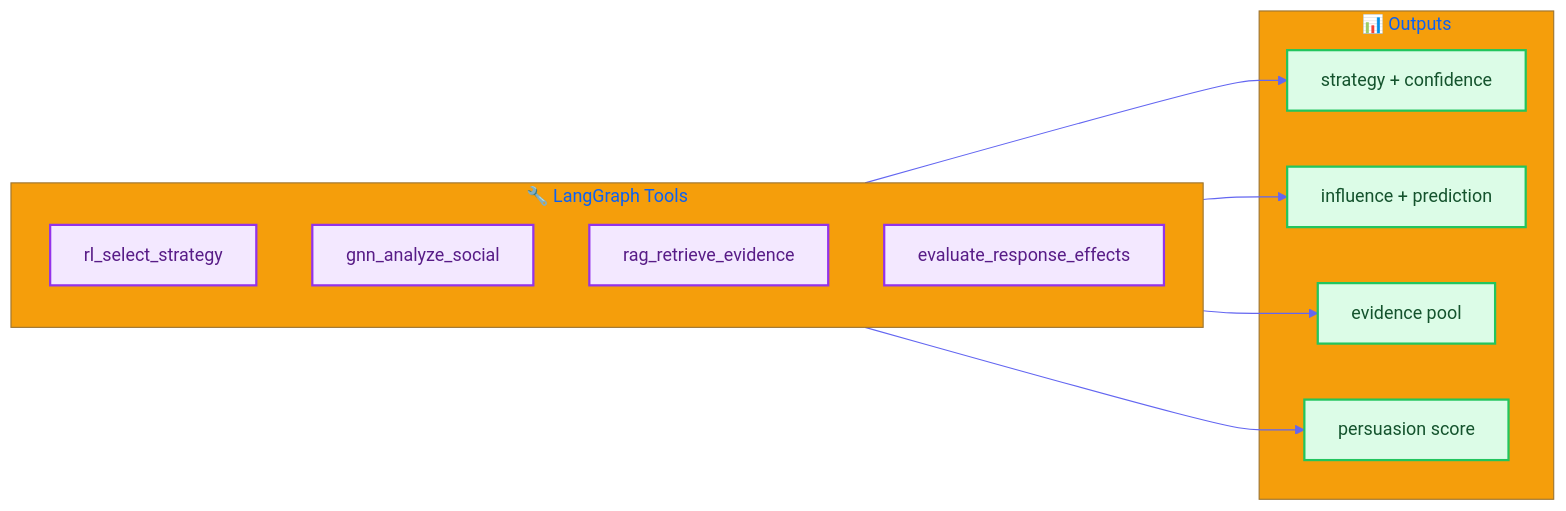
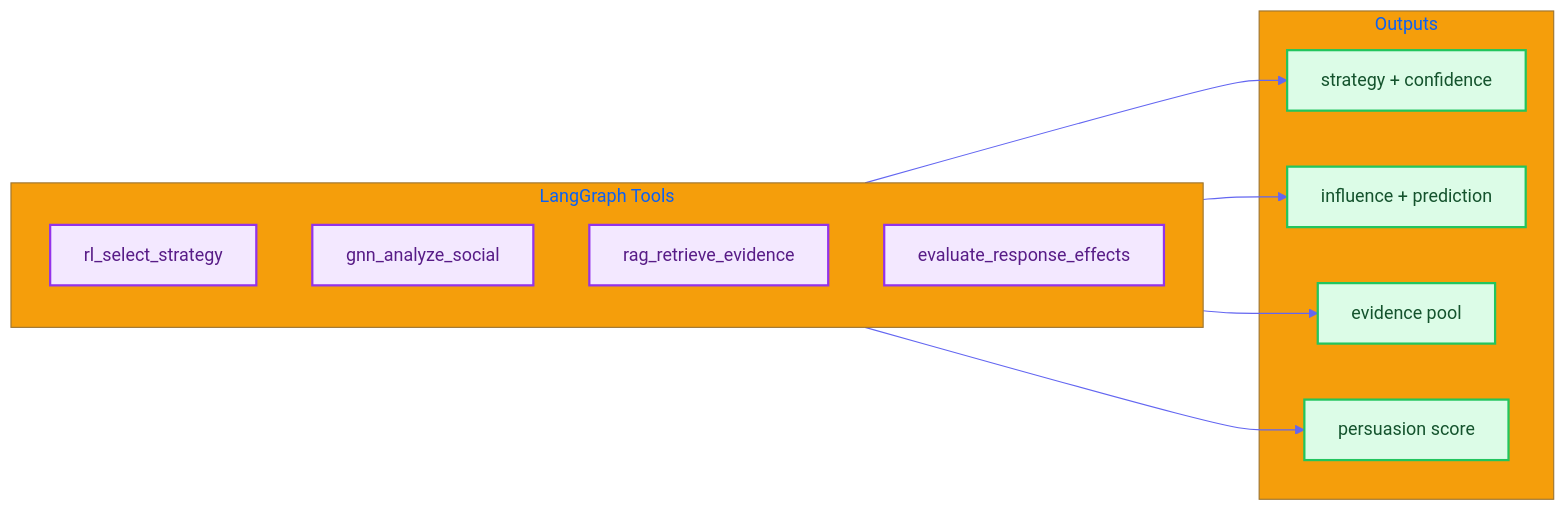
Before and after one commit to AluminumShark/Social-Debate-AI: the third of 4 diagrams in docs/architecture/LANGGRAPH.md, drawn with Mermaid. The commit also changed other lines of this file and 32 other files, not shown here.

````diff
--- a/docs/architecture/LANGGRAPH.md
+++ b/docs/architecture/LANGGRAPH.md
@@ -141,27 +141,27 @@
 ```mermaid
 %%{init: {'theme': 'base', 'themeVariables': { 'primaryColor': '#4f46e5', 'primaryTextColor': '#fff', 'primaryBorderColor': '#4338ca', 'lineColor': '#6366f1', 'secondaryColor': '#10b981', 'tertiaryColor': '#f59e0b'}}}%%
 flowchart LR
     %% Styles
     classDef tools fill:#f3e8ff,stroke:#9333ea,stroke-width:2px,color:#581c87;
     classDef output fill:#dcfce7,stroke:#22c55e,stroke-width:2px,color:#14532d;
 
-    subgraph Tools["🔧 LangGraph Tools"]
+    subgraph Tools[" LangGraph Tools"]
         direction TB
         T1["rl_select_strategy"]:::tools
         T2["gnn_analyze_social"]:::tools
         T3["rag_retrieve_evidence"]:::tools
         T4["evaluate_response_effects"]:::tools
     end
 
-    subgraph Output["📊 Outputs"]
+    subgraph Output[" Outputs"]
         O1["strategy + confidence"]:::output
         O2["influence + prediction"]:::output
         O3["evidence pool"]:::output
         O4["persuasion score"]:::output
     end
 
     T1 --> O1
     T2 --> O2
     T3 --> O3
     T4 --> O4
 ```
````
